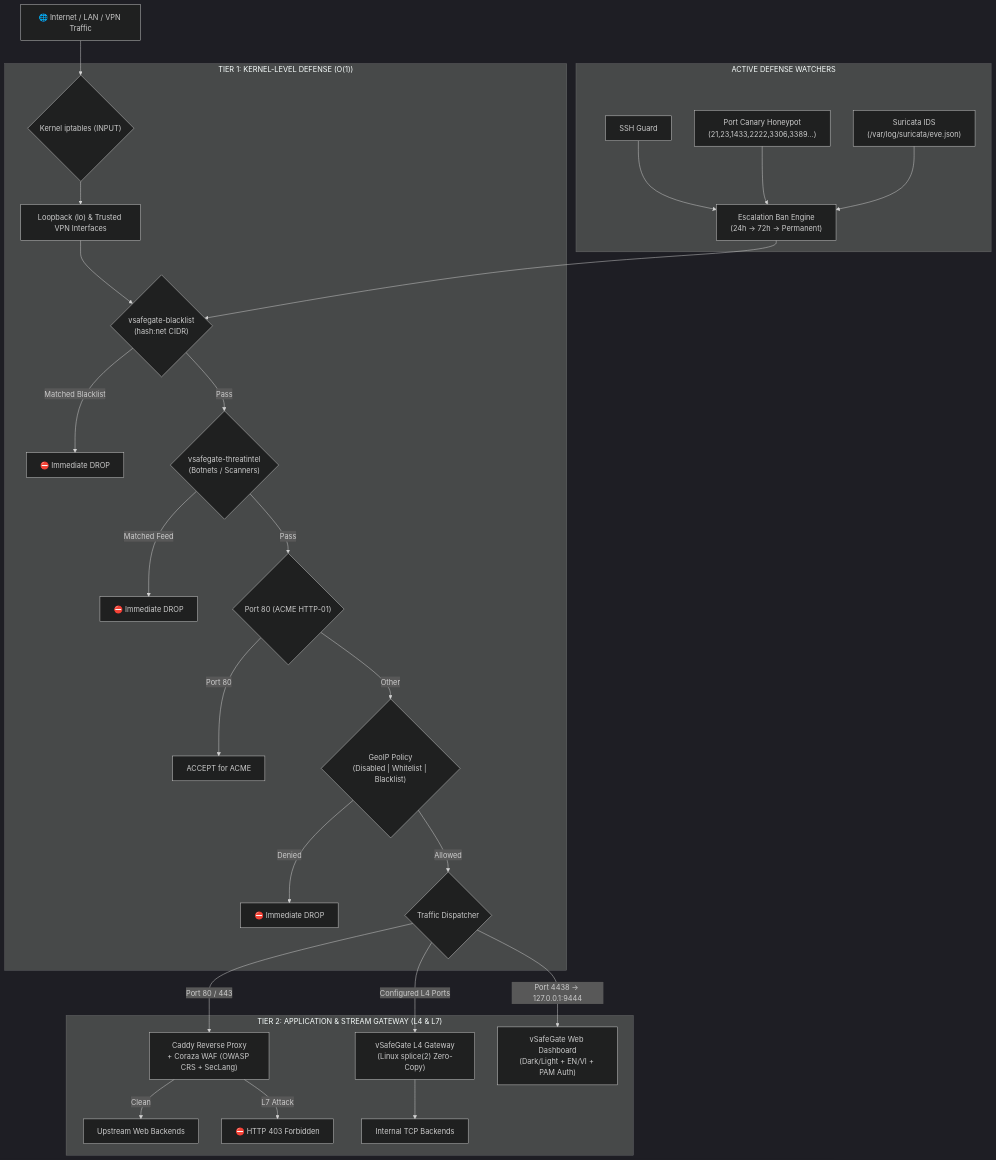
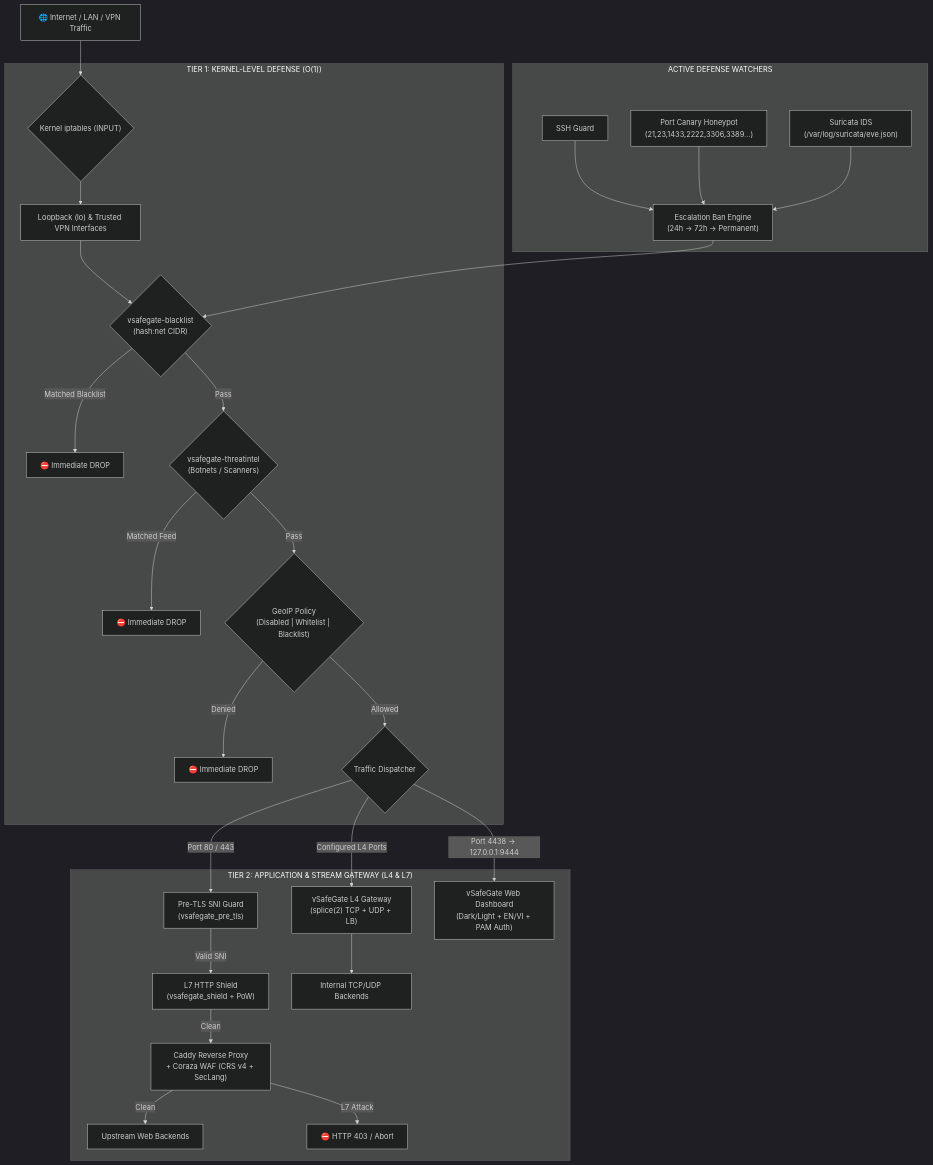
One commit to daovantrong/vSafeGate changed the diagram in README.md. Above: the diagram before and after it, drawn with Mermaid (dark theme). The commit also changed other lines of this file and 57 other files, not shown here.

Commit message:
feat: full vSafeGate security upgrade, Panel SSL, alerts, wizard, CLI & docs

````diff
--- a/README.md
+++ b/README.md
@@ -117,40 +127,39 @@
 ```mermaid
 flowchart TD
     Client["🌐 Internet / LAN / VPN Traffic"] --> IPTables{"Kernel iptables (INPUT)"}
 
     subgraph Tier1["TIER 1: KERNEL-LEVEL DEFENSE (O(1))"]
         IPTables --> TrustedIF["Loopback (lo) & Trusted VPN Interfaces"]
         TrustedIF --> SetBlacklist{"vsafegate-blacklist\n(hash:net CIDR)"}
         SetBlacklist -- "Matched Blacklist" --> Drop1["⛔ Immediate DROP"]
 
         SetBlacklist -- "Pass" --> SetThreat{"vsafegate-threatintel\n(Botnets / Scanners)"}
         SetThreat -- "Matched Feed" --> Drop2["⛔ Immediate DROP"]
 
-        SetThreat -- "Pass" --> RuleHTTP{"Port 80 (ACME HTTP-01)"}
-        RuleHTTP -- "Port 80" --> Accept1["ACCEPT for ACME"]
-
-        RuleHTTP -- "Other" --> SetGeo{"GeoIP Policy\n(Disabled | Whitelist | Blacklist)"}
+        SetThreat -- "Pass" --> SetGeo{"GeoIP Policy\n(Disabled | Whitelist | Blacklist)"}
         SetGeo -- "Denied" --> Drop3["⛔ Immediate DROP"]
         SetGeo -- "Allowed" --> Dispatcher
     end
 
     subgraph Tier2["TIER 2: APPLICATION & STREAM GATEWAY (L4 & L7)"]
         Dispatcher{"Traffic Dispatcher"}
 
-        Dispatcher -- "Port 80 / 443" --> CaddyWAF["Caddy Reverse Proxy\n+ Coraza WAF (OWASP CRS + SecLang)"]
+        Dispatcher -- "Port 80 / 443" --> PreTLS["Pre-TLS SNI Guard\n(vsafegate_pre_tls)"]
+        PreTLS -- "Valid SNI" --> Shield["L7 HTTP Shield\n(vsafegate_shield + PoW)"]
+        Shield -- "Clean" --> CaddyWAF["Caddy Reverse Proxy\n+ Coraza WAF (CRS v4 + SecLang)"]
         CaddyWAF -- "Clean" --> WebUpstream["Upstream Web Backends"]
-        CaddyWAF -- "L7 Attack" --> Block403["⛔ HTTP 403 Forbidden"]
+        CaddyWAF -- "L7 Attack" --> Block403["⛔ HTTP 403 / Abort"]
 
-        Dispatcher -- "Configured L4 Ports" --> L4Proxy["vSafeGate L4 Gateway\n(Linux splice(2) Zero-Copy)"]
-        L4Proxy --> BackendL4["Internal TCP Backends"]
+        Dispatcher -- "Configured L4 Ports" --> L4Proxy["vSafeGate L4 Gateway\n(splice(2) TCP + UDP + LB)"]
+        L4Proxy --> BackendL4["Internal TCP/UDP Backends"]
 
         Dispatcher -- "Port 4438 -> 127.0.0.1:9444" --> AdminPanel["vSafeGate Web Dashboard\n(Dark/Light + EN/VI + PAM Auth)"]
     end
 
     subgraph DefenseEngine["ACTIVE DEFENSE WATCHERS"]
         SSHGuardWatcher["SSH Guard"] --> EscalationBan["Escalation Ban Engine\n(24h -> 72h -> Permanent)"]
         CanaryHoneypot["Port Canary Honeypot\n(21,23,1433,2222,3306,3389...)"] --> EscalationBan
         SuricataIDS["Suricata IDS\n(/var/log/suricata/eve.json)"] --> EscalationBan
         EscalationBan --> SetBlacklist
     end
 ```
````
